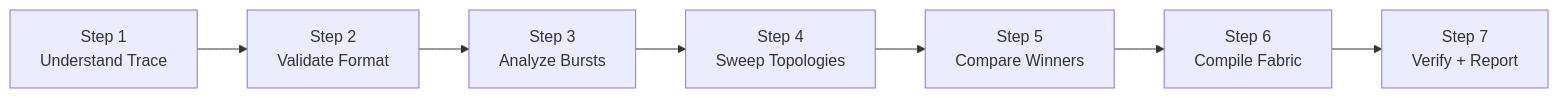
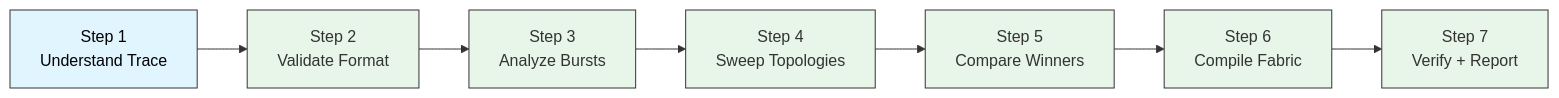
The third of 17 diagrams in tracks/t3-topology/dse/README.md (Anmol-S314/veritx-research), drawn with Mermaid before and after one commit. The commit also changed other lines of this file and 1 other file, not shown here.

First line of the commit message:
docs: improve Mermaid diagram styling across all 22 diagrams

````diff
--- a/tracks/t3-topology/dse/README.md
+++ b/tracks/t3-topology/dse/README.md
@@ -336,9 +358,25 @@
 ```mermaid
 flowchart LR
     A["Step 1\nUnderstand Trace"] --> B["Step 2\nValidate Format"]
     B --> C["Step 3\nAnalyze Bursts"]
     C --> D["Step 4\nSweep Topologies"]
     D --> E["Step 5\nCompare Winners"]
     E --> F["Step 6\nCompile Fabric"]
     F --> G["Step 7\nVerify + Report"]
+
+    style A fill:#e1f5fe,stroke:#333
+    style B fill:#e8f5e9,stroke:#333
+    style C fill:#e8f5e9,stroke:#333
+    style D fill:#e8f5e9,stroke:#333
+    style E fill:#e8f5e9,stroke:#333
+    style F fill:#e8f5e9,stroke:#333
+    style G fill:#e8f5e9,stroke:#333
+
+
+    classDef input fill:#e1f5fe,stroke:#01579b,color:#000
+    classDef cli fill:#e8f5e9,stroke:#2e7d32,color:#000
+    classDef sim fill:#fff3e0,stroke:#e65100,color:#000
+    classDef api fill:#fce4ec,stroke:#c62828,color:#000
+    classDef output fill:#f3e5f5,stroke:#6a1b9a,color:#000
+    class A input
 ```
````
